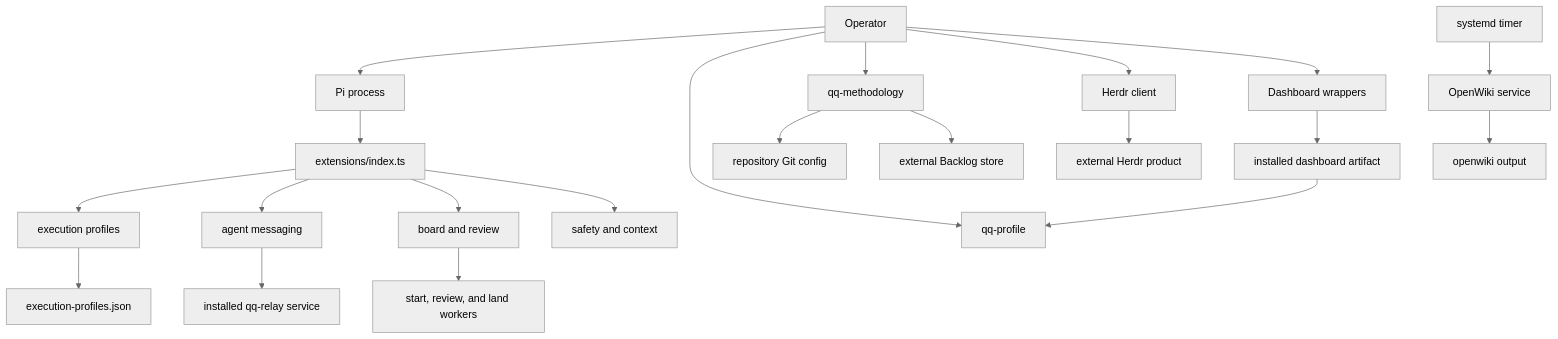
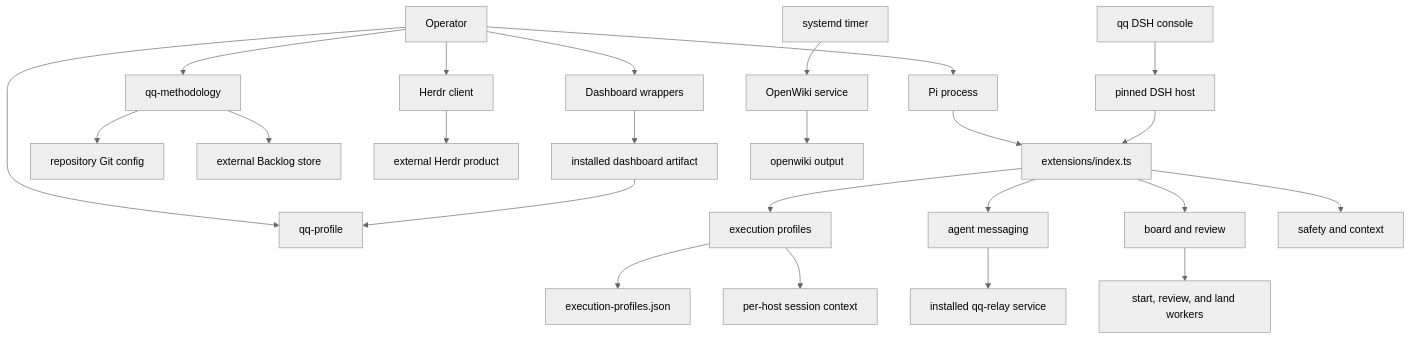
One commit to hypermemetic-ai/qq changed the diagram in openwiki/architecture/overview.md. Above: the diagram before and after it, drawn with Mermaid (neutral theme). The commit also changed other lines of this file and 9 other files, not shown here.

````diff
--- a/openwiki/architecture/overview.md
+++ b/openwiki/architecture/overview.md
@@ -14,23 +14,26 @@
 ```mermaid
 flowchart TD
     Operator["Operator"] --> Pi["Pi process"]
     Operator --> ProfileCLI["qq-profile"]
     Operator --> MethodCLI["qq-methodology"]
     Operator --> HerdrClient["Herdr client"]
     Operator --> DashboardWrapper["Dashboard wrappers"]
     Pi --> Bundle["extensions/index.ts"]
     Bundle --> Profiles["execution profiles"]
     Bundle --> Messaging["agent messaging"]
     Bundle --> Workflow["board and review"]
     Bundle --> Safety["safety and context"]
     Profiles --> Policy["execution-profiles.json"]
+    Profiles --> SessionContext["per-host session context"]
     Messaging --> Relay["installed qq-relay service"]
     Workflow --> Workers["start, review, and land workers"]
     MethodCLI --> GitConfig["repository Git config"]
     MethodCLI --> BacklogStore["external Backlog store"]
     HerdrClient --> HerdrServer["external Herdr product"]
     DashboardWrapper --> DashboardPackage["installed dashboard artifact"]
     DashboardPackage --> ProfileCLI
+    DshHost["pinned DSH host"] --> Bundle
+    DshConsole["qq DSH console"] --> DshHost
     Timer["systemd timer"] --> OpenWikiService["OpenWiki service"]
     OpenWikiService --> Generated["openwiki output"]
 ```
````
